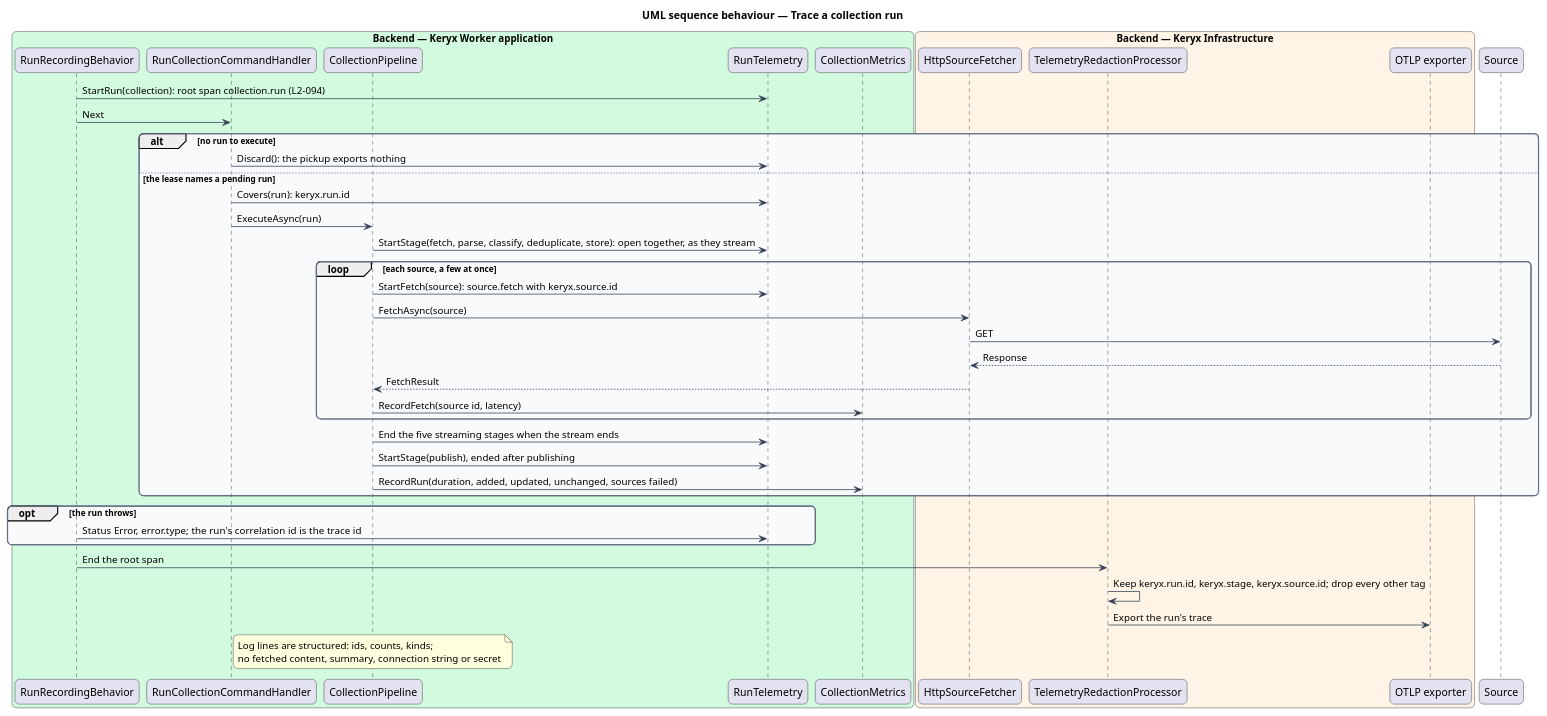
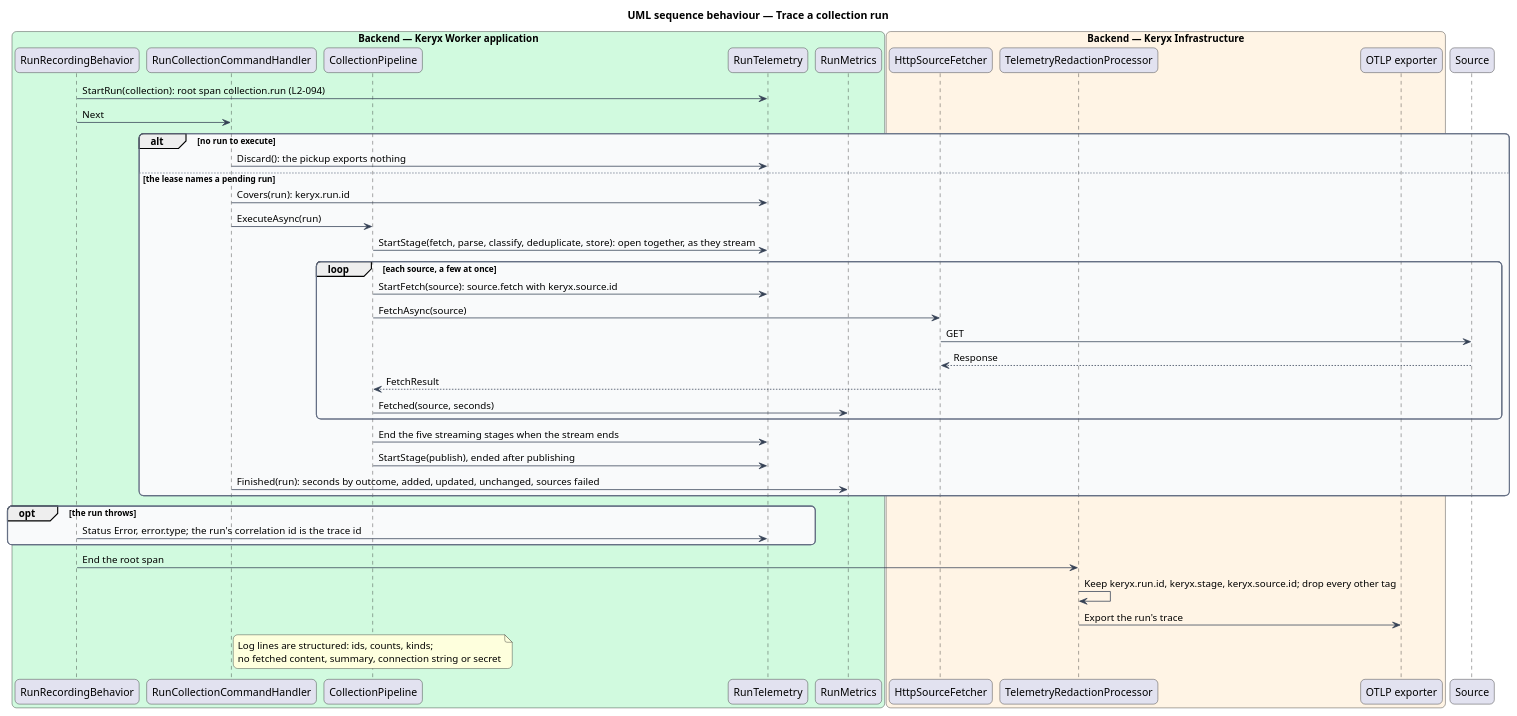
One commit to QuinntyneBrown/keryx changed the diagram in docs/detailed-designs/operations/observe-the-system/diagrams/sequence-trace-collection-run.puml. Above: the diagram before and after it, drawn with PlantUML. The commit also changed 14 other files, not shown here.

First line of the commit message:
Measure collection runs: duration, items, failed sources and fetch latency

```diff
--- a/docs/detailed-designs/operations/observe-the-system/diagrams/sequence-trace-collection-run.puml
+++ b/docs/detailed-designs/operations/observe-the-system/diagrams/sequence-trace-collection-run.puml
@@ -1,57 +1,57 @@
 @startuml
 title UML sequence behaviour — Trace a collection run
 skinparam backgroundColor #FFFFFF
 skinparam shadowing false
 skinparam roundcorner 12
 skinparam defaultFontName Arial
 skinparam ArrowColor #344054
 skinparam rectangle {
   BorderColor #344054
   FontColor #101828
 }
 skinparam package {
   BorderColor #667085
   FontColor #101828
   BackgroundColor #F9FAFB
 }
 box "Backend — Keryx Worker application" #D1FADF
   participant "RunRecordingBehavior" as rec
   participant "RunCollectionCommandHandler" as handler
   participant "CollectionPipeline" as pipe
   participant "RunTelemetry" as tel
-  participant "CollectionMetrics" as metrics
+  participant "RunMetrics" as metrics
 end box
 box "Backend — Keryx Infrastructure" #FFF4E5
   participant "HttpSourceFetcher" as fetch
   participant "TelemetryRedactionProcessor" as red
   participant "OTLP exporter" as exp
 end box
 participant "Source" as src
 rec -> tel : StartRun(collection): root span collection.run (L2-094)
 rec -> handler : Next
 alt no run to execute
   handler -> tel : Discard(): the pickup exports nothing
 else the lease names a pending run
   handler -> tel : Covers(run): keryx.run.id
   handler -> pipe : ExecuteAsync(run)
   pipe -> tel : StartStage(fetch, parse, classify, deduplicate, store): open together, as they stream
   loop each source, a few at once
     pipe -> tel : StartFetch(source): source.fetch with keryx.source.id
     pipe -> fetch : FetchAsync(source)
     fetch -> src : GET
     src --> fetch : Response
     fetch --> pipe : FetchResult
-    pipe -> metrics : RecordFetch(source id, latency)
+    pipe -> metrics : Fetched(source, seconds)
   end
   pipe -> tel : End the five streaming stages when the stream ends
   pipe -> tel : StartStage(publish), ended after publishing
-  pipe -> metrics : RecordRun(duration, added, updated, unchanged, sources failed)
+  handler -> metrics : Finished(run): seconds by outcome, added, updated, unchanged, sources failed
 end
 opt the run throws
   rec -> tel : Status Error, error.type; the run's correlation id is the trace id
 end
 rec -> red : End the root span
 red -> red : Keep keryx.run.id, keryx.stage, keryx.source.id; drop every other tag
 red -> exp : Export the run's trace
 note over pipe : Log lines are structured: ids, counts, kinds;\nno fetched content, summary, connection string or secret
 @enduml
```
